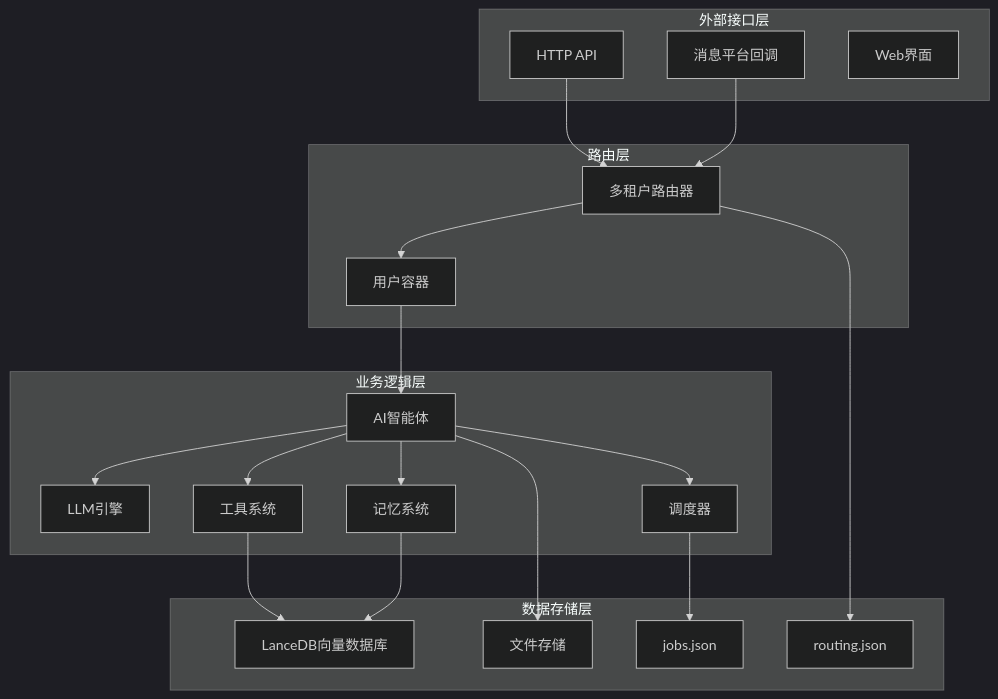
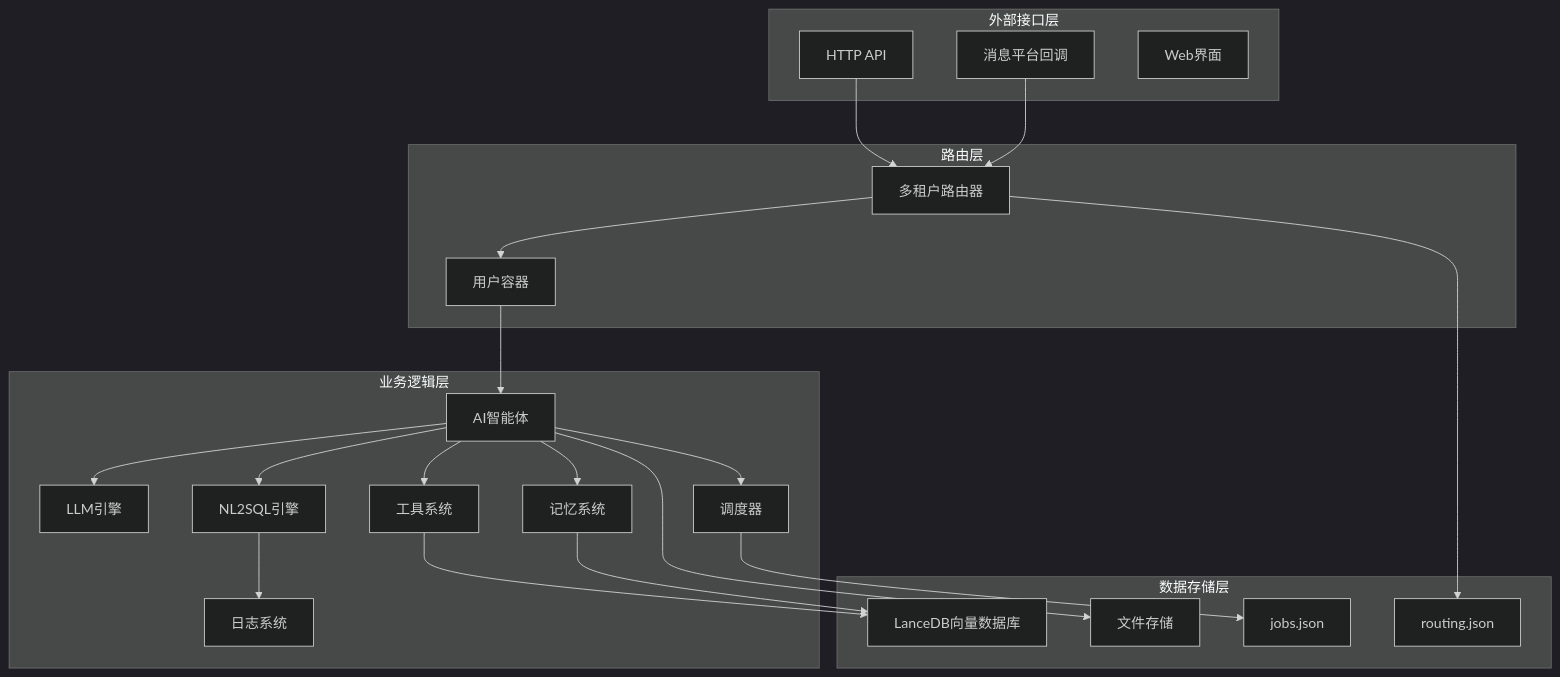
One commit to HanHuiOnLine/724-office changed the second of 10 diagrams in .qoder/repowiki/zh/content/部署与运维/监控与日志.md. Above: the diagram before and after it, drawn with Mermaid (dark theme). The commit also changed other lines of this file and 10 other files, not shown here.

````diff
--- a/.qoder/repowiki/zh/content/部署与运维/监控与日志.md
+++ b/.qoder/repowiki/zh/content/部署与运维/监控与日志.md
@@ -110,38 +137,42 @@
 ```mermaid
 graph TB
 subgraph "外部接口层"
 API[HTTP API]
 MSG[消息平台回调]
 WEB[Web界面]
 end
 subgraph "路由层"
 ROUTER[多租户路由器]
 CONTAINER[用户容器]
 end
 subgraph "业务逻辑层"
 AGENT[AI智能体]
 LLM[LLM引擎]
 TOOLS[工具系统]
 MEMORY[记忆系统]
 SCHEDULER[调度器]
+NL2SQL[NL2SQL引擎]
+LOGGER[日志系统]
 end
 subgraph "数据存储层"
 LANCEDB[LanceDB向量数据库]
 FILESTORE[文件存储]
 JOBSTORE[jobs.json]
 ROUTING[routing.json]
 end
 API --> ROUTER
 MSG --> ROUTER
 ROUTER --> CONTAINER
 CONTAINER --> AGENT
 AGENT --> LLM
 AGENT --> TOOLS
 AGENT --> MEMORY
 AGENT --> SCHEDULER
+AGENT --> NL2SQL
+NL2SQL --> LOGGER
 TOOLS --> LANCEDB
 MEMORY --> LANCEDB
 SCHEDULER --> JOBSTORE
 ROUTER --> ROUTING
 AGENT --> FILESTORE
 ```
````
